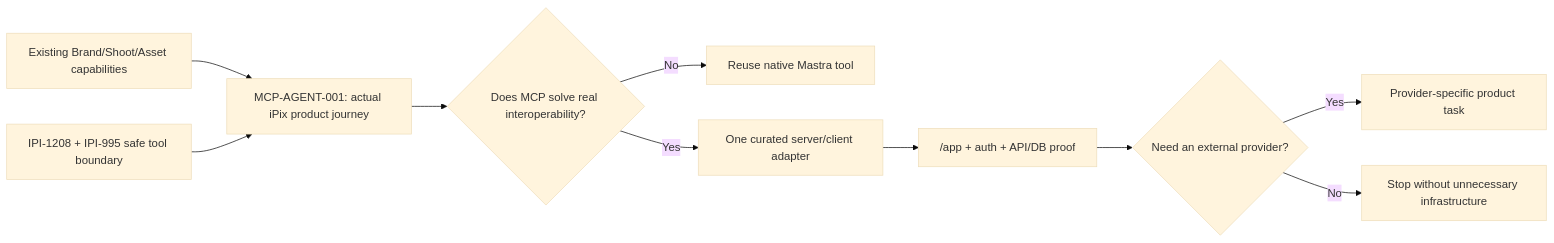
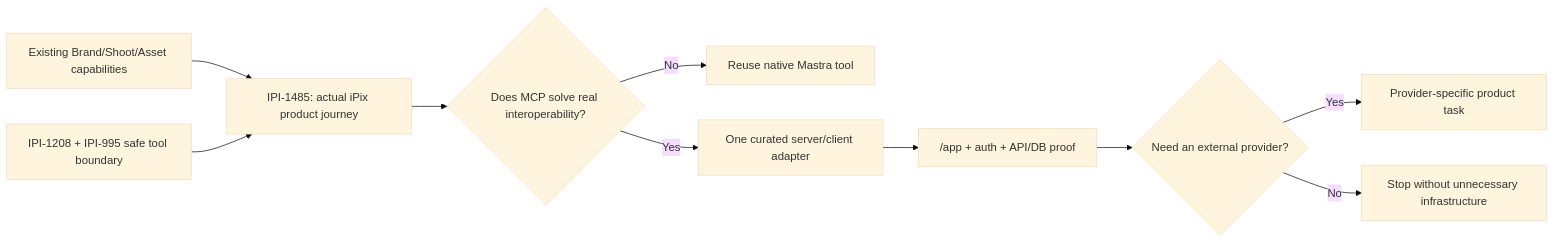
Before and after one commit to amoai-tech/ipixai: the diagram in docs/copilotkit-mastra/mcp/03-task-proposals.md, drawn with Mermaid (base theme). The commit also changed other lines of this file and 2 other files, not shown here.

Commit message:
docs(mcp): link created IPI-1485 task and fix Shoot term

````diff
--- a/docs/copilotkit-mastra/mcp/03-task-proposals.md
+++ b/docs/copilotkit-mastra/mcp/03-task-proposals.md
@@ -63,12 +63,12 @@
 ```mermaid
 flowchart LR
-  C["Existing Brand/Shoot/Asset capabilities"] --> P["MCP-AGENT-001: actual iPix product journey"]
+  C["Existing Brand/Shoot/Asset capabilities"] --> P["IPI-1485: actual iPix product journey"]
   G["IPI-1208 + IPI-995 safe tool boundary"] --> P
   P --> Q{"Does MCP solve real interoperability?"}
   Q -->|"No"| R["Reuse native Mastra tool"]
   Q -->|"Yes"| M["One curated server/client adapter"]
   M --> U["/app + auth + API/DB proof"]
   U --> E{"Need an external provider?"}
   E -->|"Yes"| V["Provider-specific product task"]
   E -->|"No"| F["Stop without unnecessary infrastructure"]
 ```
````
